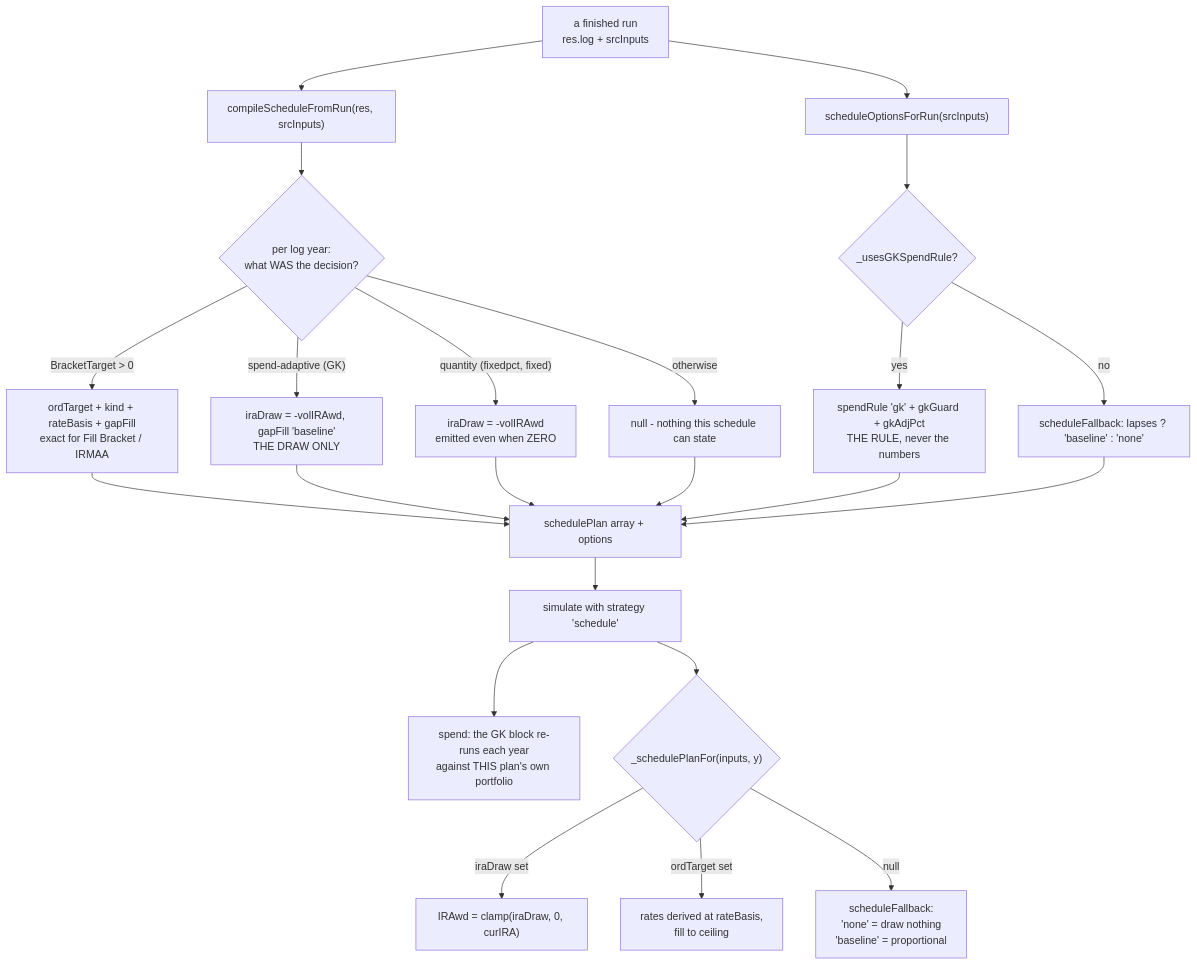
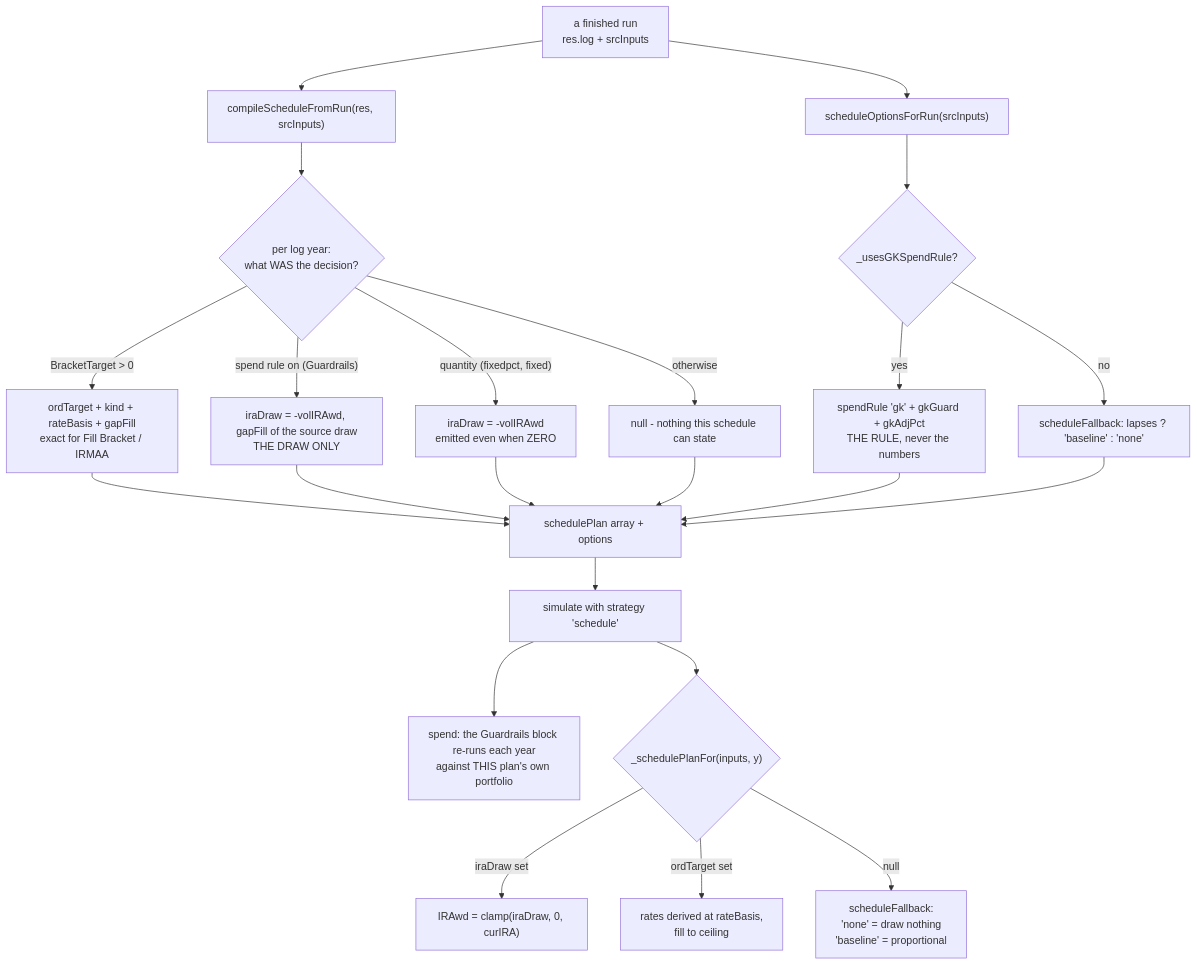
Before and after one commit to nightskyguy/retirement_assets: the sixth of 8 diagrams in ARCHITECTURE.md, drawn with Mermaid. The commit also changed other lines of this file and 30 other files, not shown here.

````diff
--- a/ARCHITECTURE.md
+++ b/ARCHITECTURE.md
@@ -290,28 +295,28 @@
 ```mermaid
 flowchart TD
     RUN["a finished run<br/>res.log + srcInputs"] --> C["compileScheduleFromRun(res, srcInputs)"]
     C --> Q{"per log year:<br/>what WAS the decision?"}
     Q -->|"BracketTarget &gt; 0"| CEIL["ordTarget + kind + rateBasis + gapFill<br/>exact for Fill Bracket / IRMAA"]
-    Q -->|"spend-adaptive (GK)"| DRAW["iraDraw = -volIRAwd, gapFill 'baseline'<br/>THE DRAW ONLY"]
+    Q -->|"spend rule on (Guardrails)"| DRAW["iraDraw = -volIRAwd, gapFill of the source draw<br/>THE DRAW ONLY"]
     Q -->|"quantity (fixedpct, fixed)"| QTY["iraDraw = -volIRAwd<br/>emitted even when ZERO"]
     Q -->|otherwise| NUL["null - nothing this schedule can state"]
 
     RUN --> O["scheduleOptionsForRun(srcInputs)"]
     O --> OGK{"_usesGKSpendRule?"}
     OGK -->|yes| ORULE["spendRule 'gk' + gkGuard + gkAdjPct<br/>THE RULE, never the numbers"]
     OGK -->|no| OFB["scheduleFallback: lapses ? 'baseline' : 'none'"]
 
     CEIL --> PLAN["schedulePlan array + options"]
     DRAW --> PLAN
     QTY --> PLAN
     NUL --> PLAN
     ORULE --> PLAN
     OFB --> PLAN
 
     PLAN --> REP["simulate with strategy 'schedule'"]
-    REP --> RG["spend: the GK block re-runs each year<br/>against THIS plan's own portfolio"]
+    REP --> RG["spend: the Guardrails block re-runs each year<br/>against THIS plan's own portfolio"]
     REP --> RD{"_schedulePlanFor(inputs, y)"}
     RD -->|"iraDraw set"| RQ["IRAwd = clamp(iraDraw, 0, curIRA)"]
     RD -->|"ordTarget set"| RC["rates derived at rateBasis,<br/>fill to ceiling"]
     RD -->|"null"| RF["scheduleFallback:<br/>'none' = draw nothing<br/>'baseline' = proportional"]
 ```
````
